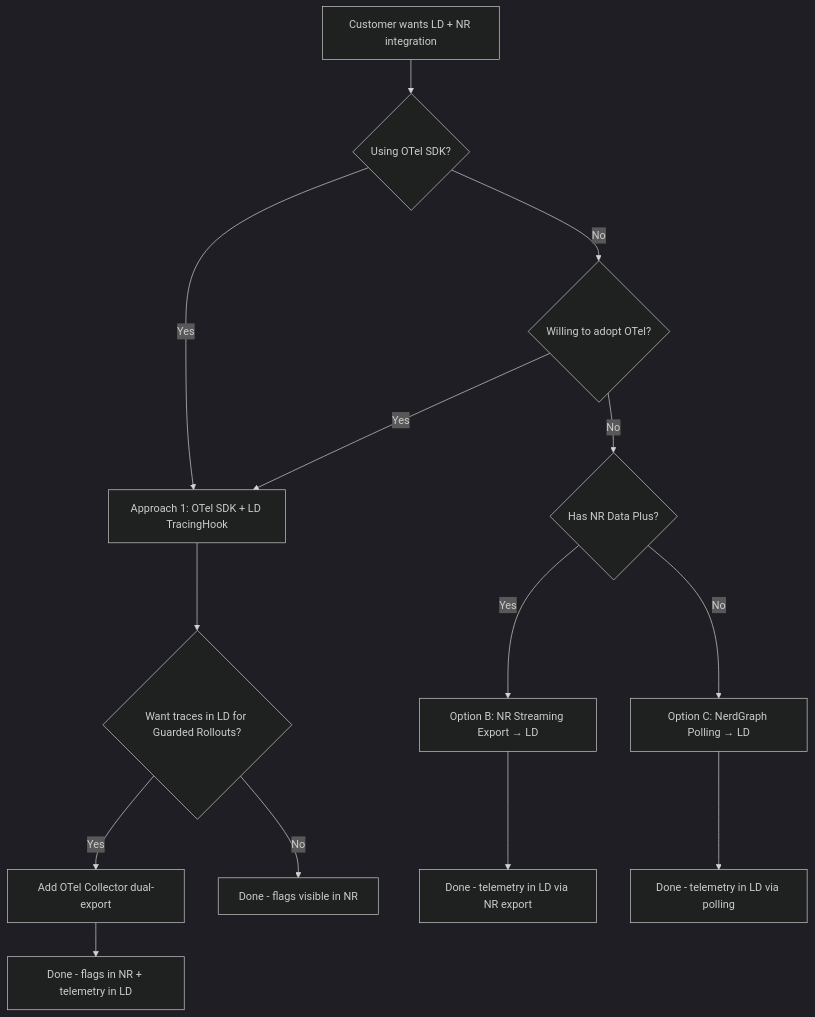
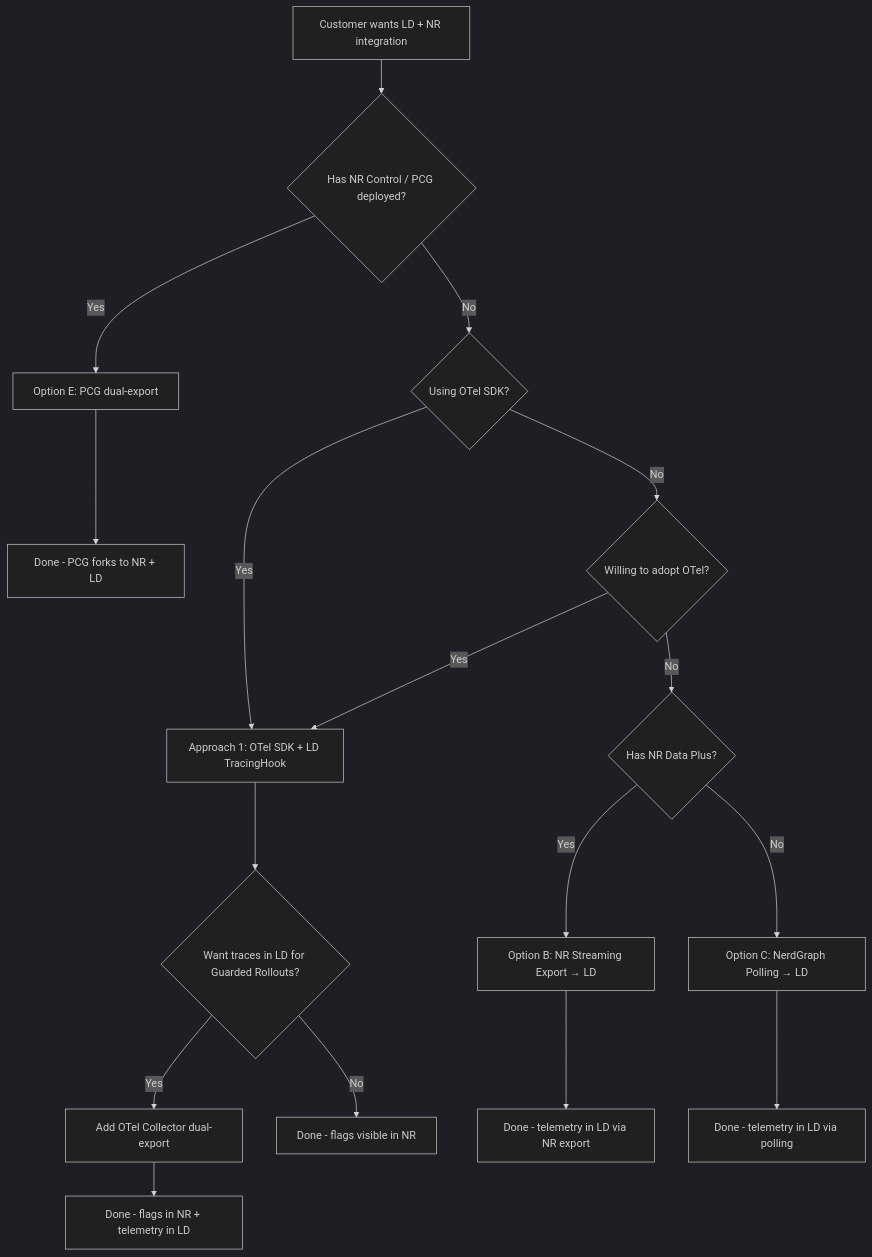
The first of 7 diagrams in DIAGRAMS.md (ttotenberg-ld/ld_new_relic), drawn with Mermaid (dark theme) before and after one commit. The commit also changed other lines of this file and 20 other files, not shown here.

````diff
--- a/DIAGRAMS.md
+++ b/DIAGRAMS.md
@@ -5,21 +5,25 @@
 ```mermaid
 flowchart TD
-    Start[Customer wants LD + NR integration] --> Q1{Using OTel SDK?}
+    Start[Customer wants LD + NR integration] --> Q0{Has NR Control / PCG deployed?}
+
+    Q0 -->|Yes| E1[Option E: PCG dual-export]
+    Q0 -->|No| Q1{Using OTel SDK?}
 
     Q1 -->|Yes| A1[Approach 1: OTel SDK + LD TracingHook]
     Q1 -->|No| Q2{Willing to adopt OTel?}
 
     Q2 -->|Yes| A1
     Q2 -->|No| Q3{Has NR Data Plus?}
 
     Q3 -->|Yes| B1[Option B: NR Streaming Export → LD]
     Q3 -->|No| B2[Option C: NerdGraph Polling → LD]
 
     A1 --> R1{Want traces in LD for Guarded Rollouts?}
     R1 -->|Yes| C1[Add OTel Collector dual-export]
     R1 -->|No| Done1[Done - flags visible in NR]
 
     C1 --> Done2[Done - flags in NR + telemetry in LD]
     B1 --> Done3[Done - telemetry in LD via NR export]
     B2 --> Done4[Done - telemetry in LD via polling]
+    E1 --> Done5[Done - PCG forks to NR + LD]
 ```
````
